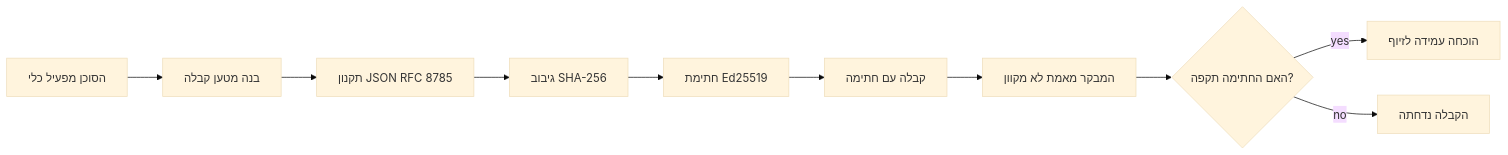
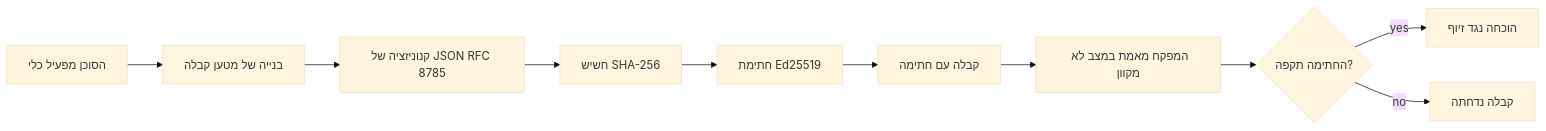
Before and after one commit to gabrielmoreira/agent-skills-mirror: the first of 2 diagrams in mirrors/repos/microsoft@ai-agents-for-beginners/translations/he/18-securing-ai-agents/README.md, drawn with Mermaid (base theme). The commit also changed other lines of this file and 2285 other files, not shown here.

````diff
--- a/mirrors/repos/microsoft@ai-agents-for-beginners/translations/he/18-securing-ai-agents/README.md
+++ b/mirrors/repos/microsoft@ai-agents-for-beginners/translations/he/18-securing-ai-agents/README.md
@@ -51,12 +51,12 @@
 ```mermaid
 flowchart LR
-    A[הסוכן מפעיל כלי] --> B[בנה מטען קבלה]
-    B --> C[תקנון JSON RFC 8785]
-    C --> D[גיבוב SHA-256]
+    A[הסוכן מפעיל כלי] --> B[בנייה של מטען קבלה]
+    B --> C[קנוניזציה של JSON RFC 8785]
+    C --> D[חשיש SHA-256]
     D --> E[חתימת Ed25519]
     E --> F[קבלה עם חתימה]
-    F --> G[המבקר מאמת לא מקוון]
-    G --> H{האם החתימה תקפה?}
-    H -- yes --> I[הוכחה עמידה לזיוף]
-    H -- no --> J[הקבלה נדחתה]
+    F --> G[המפקח מאמת במצב לא מקוון]
+    G --> H{החתימה תקפה?}
+    H -- yes --> I[הוכחה נגד זיוף]
+    H -- no --> J[קבלה נדחתה]
 ```
````
